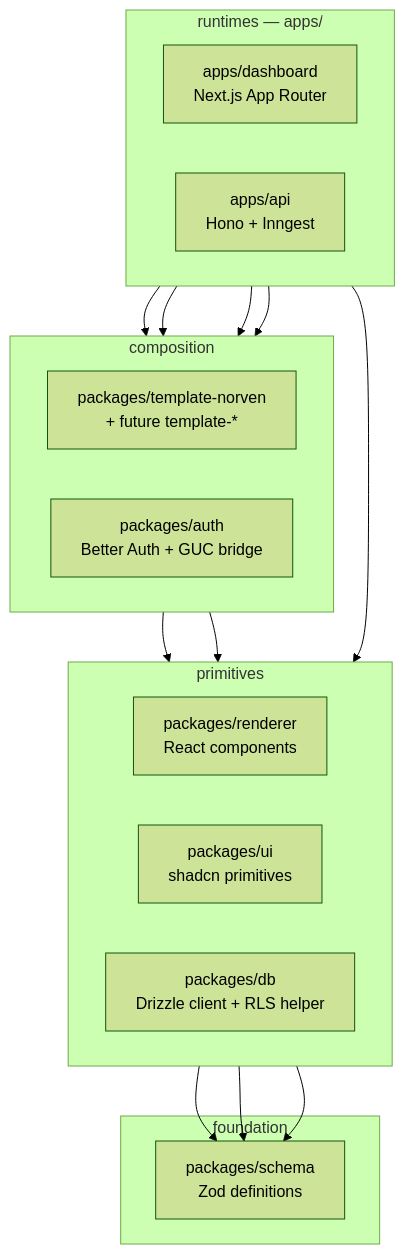
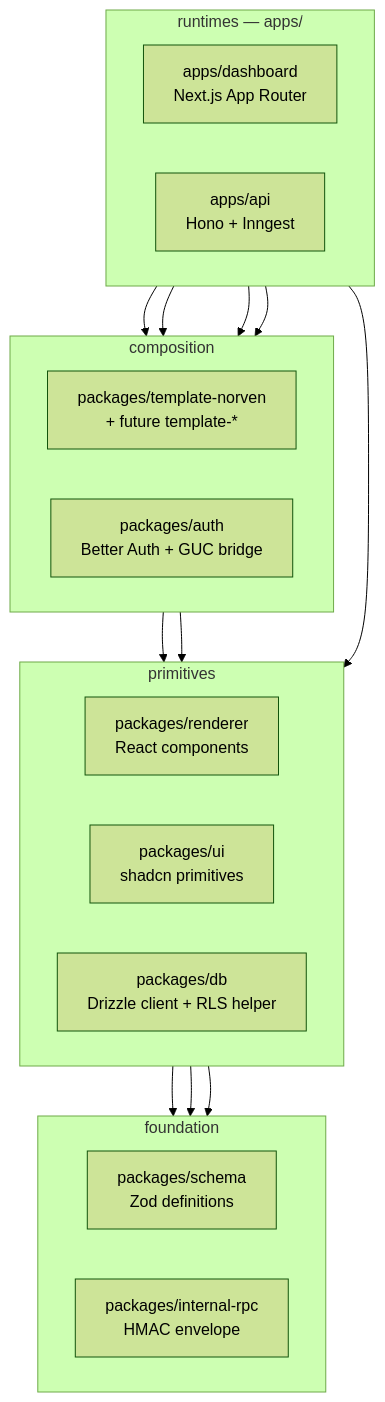
Before and after one commit to farulivan/plinth: the second of 5 diagrams in ARCHITECTURE.md, drawn with Mermaid (forest theme). The commit also changed other lines of this file and 5 other files, not shown here.

````diff
--- a/ARCHITECTURE.md
+++ b/ARCHITECTURE.md
@@ -47,36 +47,38 @@
 ```mermaid
 flowchart TD
     subgraph L4["runtimes — apps/"]
         direction LR
         dash["apps/dashboard<br/>Next.js App Router"]
         api["apps/api<br/>Hono + Inngest"]
     end
 
     subgraph L3["composition"]
         direction LR
         template["packages/template-norven<br/>+ future template-*"]
         auth["packages/auth<br/>Better Auth + GUC bridge"]
     end
 
     subgraph L2["primitives"]
         direction LR
         renderer["packages/renderer<br/>React components"]
         ui["packages/ui<br/>shadcn primitives"]
         db["packages/db<br/>Drizzle client + RLS helper"]
     end
 
     subgraph L1["foundation"]
+        direction LR
         schema["packages/schema<br/>Zod definitions"]
+        rpc["packages/internal-rpc<br/>HMAC envelope"]
     end
 
     dash --> template
     dash --> auth
     dash --> ui
     api --> template
     api --> auth
     template --> renderer
     auth --> db
     renderer --> schema
     ui --> schema
     db --> schema
 ```
````
